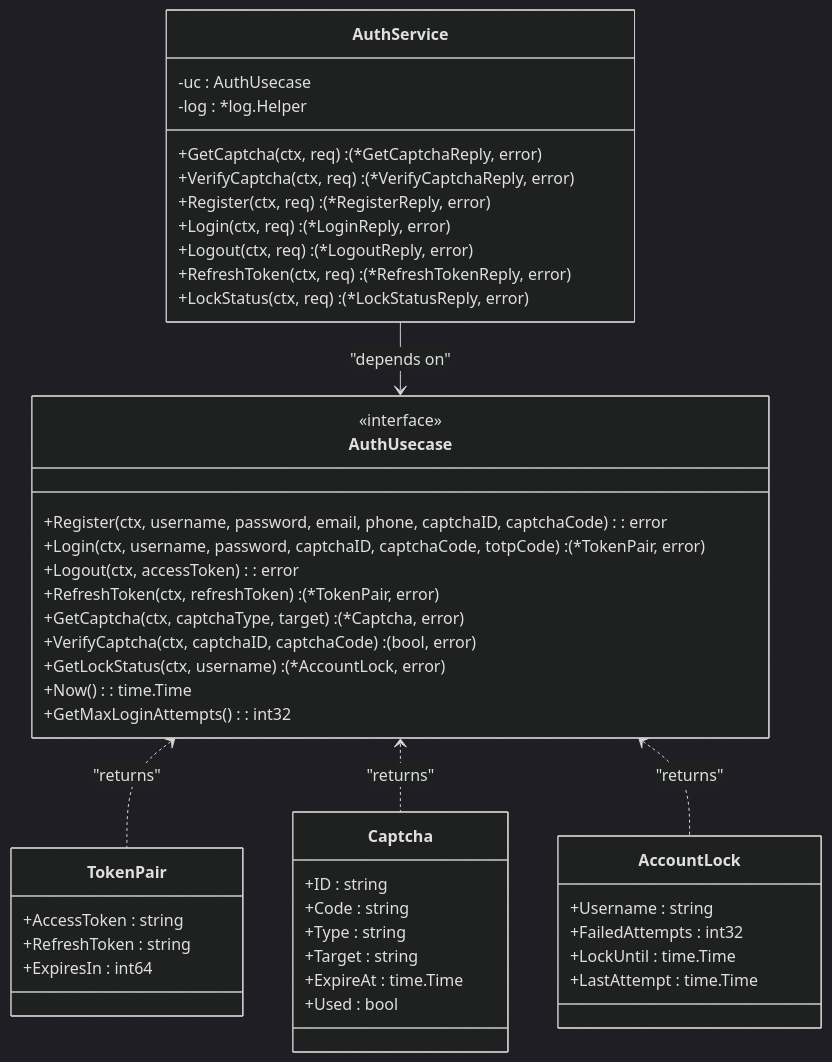
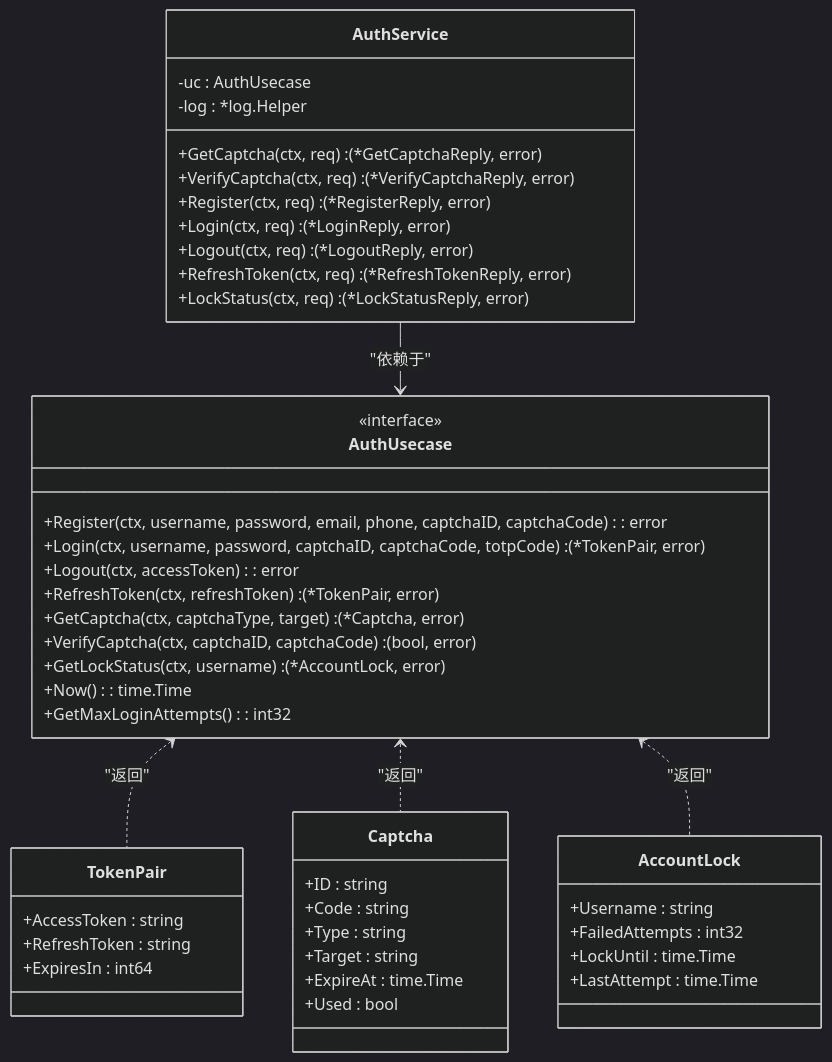
Before and after one commit to 26huitailang/kratos-boilerplate: the third of 6 diagrams in .qoder/repowiki/zh/content/Security Considerations/Authentication Flow Security.md, drawn with Mermaid (dark theme). The commit also changed other lines of this file and 31 other files, not shown here.

````diff
--- a/.qoder/repowiki/zh/content/Security Considerations/Authentication Flow Security.md
+++ b/.qoder/repowiki/zh/content/Security Considerations/Authentication Flow Security.md
@@ -142,49 +150,49 @@
 ```mermaid
 classDiagram
 class AuthService {
 -uc : AuthUsecase
 -log : *log.Helper
 +GetCaptcha(ctx, req) : (*GetCaptchaReply, error)
 +VerifyCaptcha(ctx, req) : (*VerifyCaptchaReply, error)
 +Register(ctx, req) : (*RegisterReply, error)
 +Login(ctx, req) : (*LoginReply, error)
 +Logout(ctx, req) : (*LogoutReply, error)
 +RefreshToken(ctx, req) : (*RefreshTokenReply, error)
 +LockStatus(ctx, req) : (*LockStatusReply, error)
 }
 class AuthUsecase {
 <<interface>>
 +Register(ctx, username, password, email, phone, captchaID, captchaCode) : error
 +Login(ctx, username, password, captchaID, captchaCode, totpCode) : (*TokenPair, error)
 +Logout(ctx, accessToken) : error
 +RefreshToken(ctx, refreshToken) : (*TokenPair, error)
 +GetCaptcha(ctx, captchaType, target) : (*Captcha, error)
 +VerifyCaptcha(ctx, captchaID, captchaCode) : (bool, error)
 +GetLockStatus(ctx, username) : (*AccountLock, error)
 +Now() : time.Time
 +GetMaxLoginAttempts() : int32
 }
 class TokenPair {
 +AccessToken : string
 +RefreshToken : string
 +ExpiresIn : int64
 }
 class Captcha {
 +ID : string
 +Code : string
 +Type : string
 +Target : string
 +ExpireAt : time.Time
 +Used : bool
 }
 class AccountLock {
 +Username : string
 +FailedAttempts : int32
 +LockUntil : time.Time
 +LastAttempt : time.Time
 }
-AuthService --> AuthUsecase : "depends on"
-AuthUsecase <.. TokenPair : "returns"
-AuthUsecase <.. Captcha : "returns"
-AuthUsecase <.. AccountLock : "returns"
+AuthService --> AuthUsecase : "依赖于"
+AuthUsecase <.. TokenPair : "返回"
+AuthUsecase <.. Captcha : "返回"
+AuthUsecase <.. AccountLock : "返回"
 ```
````
